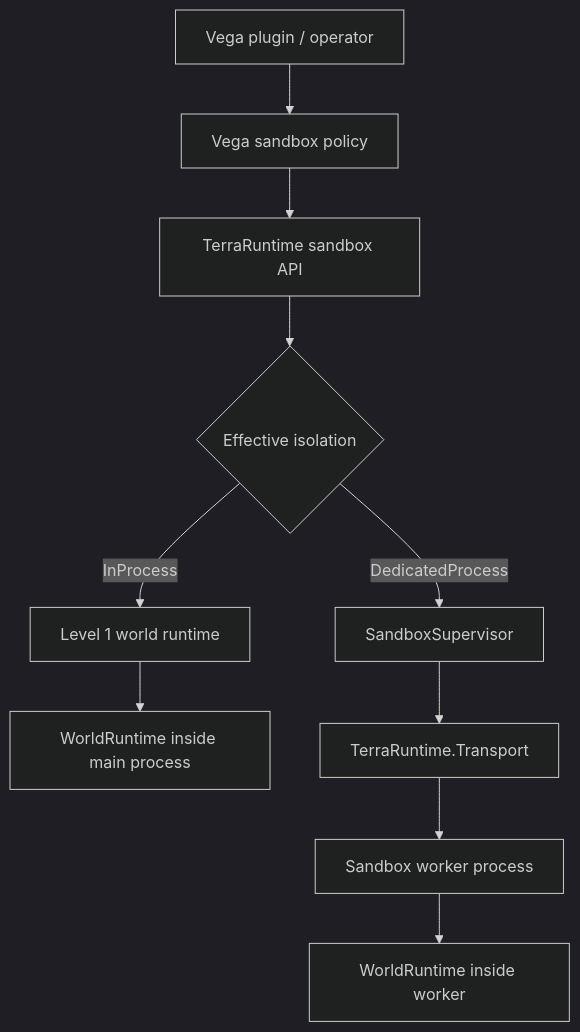
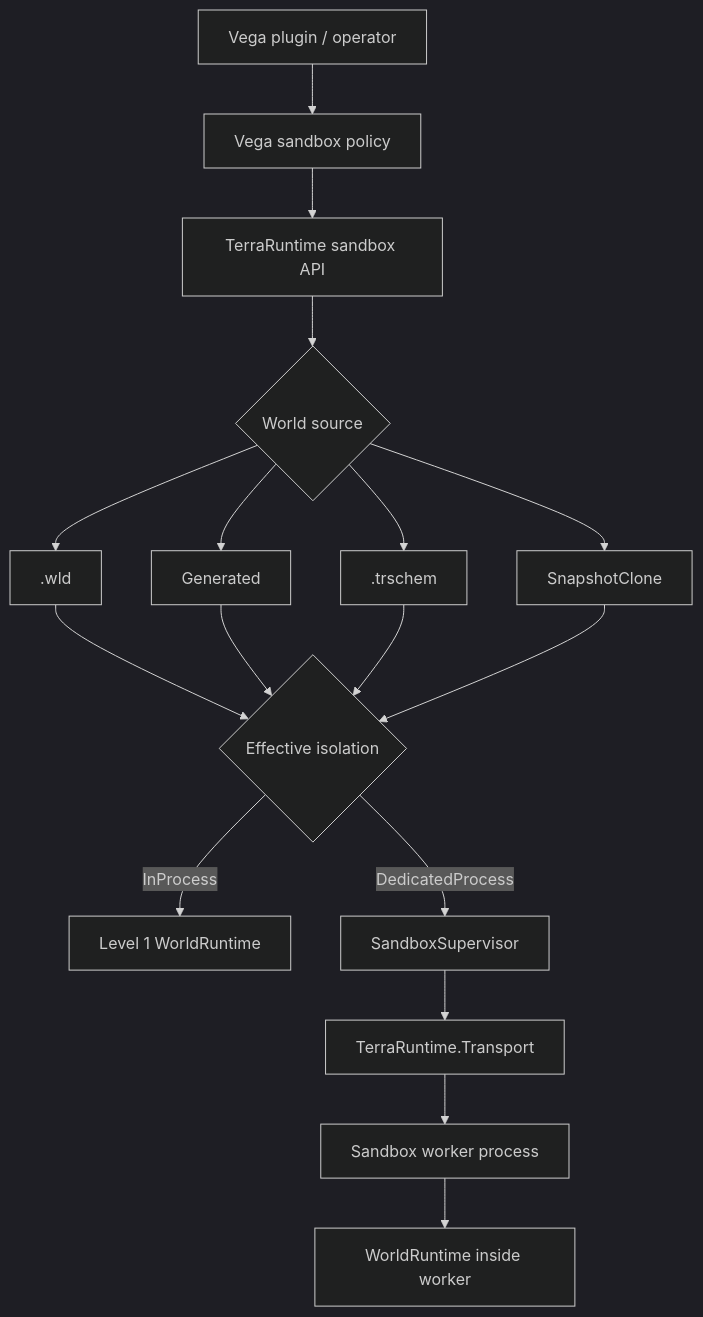
Before and after one commit to VegaKernel/TerraRuntime: the first of 2 diagrams in docs/en/sandbox/README.md, drawn with Mermaid (dark theme). The commit also changed other lines of this file and 7 other files, not shown here.

First line of the commit message:
Define shared sandbox world sources and schematic format

````diff
--- a/docs/en/sandbox/README.md
+++ b/docs/en/sandbox/README.md
@@ -11,12 +11,19 @@
 ```mermaid
 flowchart TD
     Plugin["Vega plugin / operator"] --> Vega["Vega sandbox policy"]
     Vega --> Host["TerraRuntime sandbox API"]
-    Host --> Choice{"Effective isolation"}
-    Choice -->|InProcess| L1["Level 1 world runtime"]
+    Host --> Source{"World source"}
+    Source --> File[".wld"]
+    Source --> Generated["Generated"]
+    Source --> Schematic[".trschem"]
+    Source --> Clone["SnapshotClone"]
+    File --> Choice{"Effective isolation"}
+    Generated --> Choice
+    Schematic --> Choice
+    Clone --> Choice
+    Choice -->|InProcess| L1["Level 1 WorldRuntime"]
     Choice -->|DedicatedProcess| Supervisor["SandboxSupervisor"]
-    L1 --> MainRuntime["WorldRuntime inside main process"]
     Supervisor --> Control["TerraRuntime.Transport"]
     Control --> Worker["Sandbox worker process"]
     Worker --> WorkerRuntime["WorldRuntime inside worker"]
 ```
````
